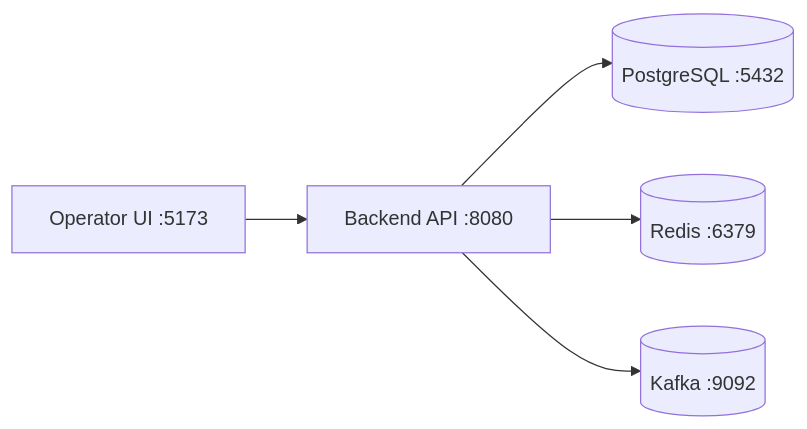
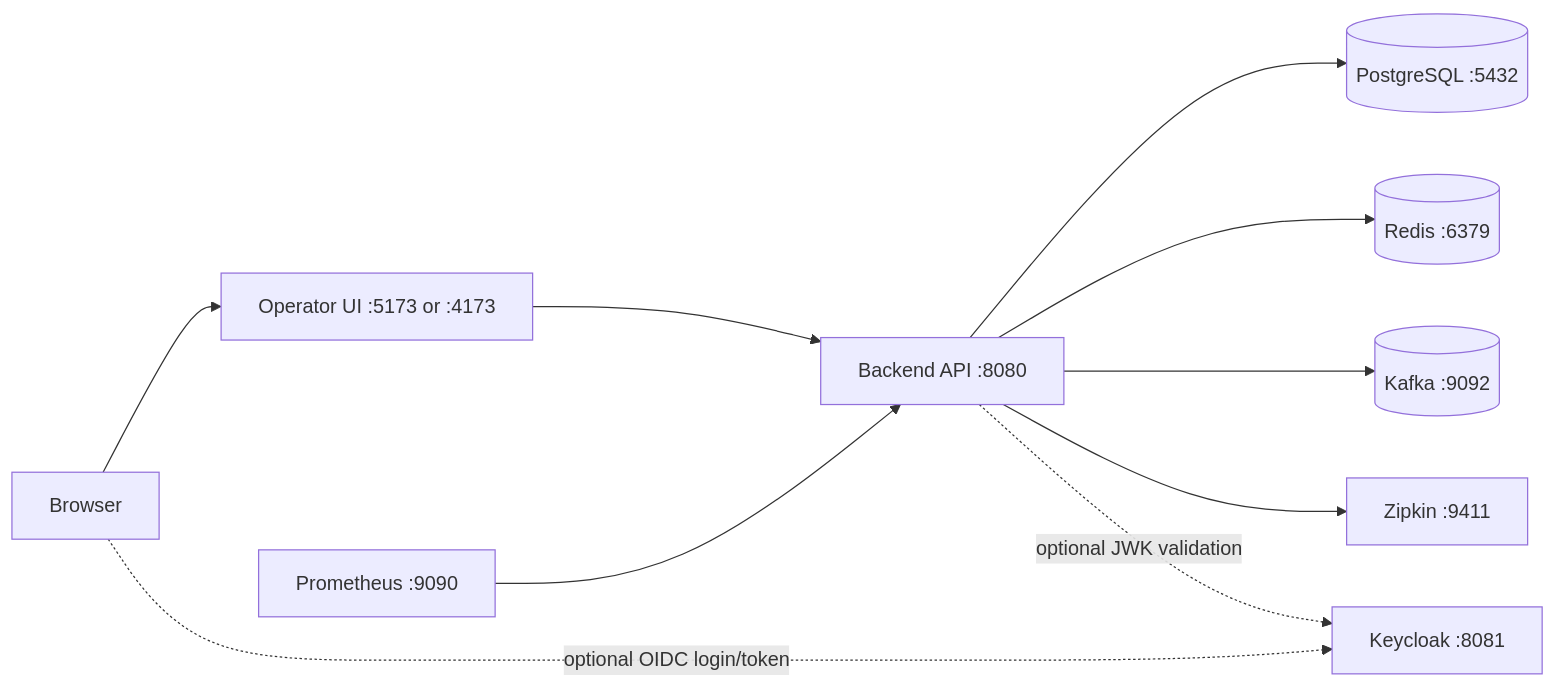
Before and after one commit to moenn1/ledgerandfraudscoring: the diagram in docs/runbook-local-demo.md, drawn with Mermaid. The commit also changed other lines of this file and 29 other files, not shown here.

````diff
--- a/docs/runbook-local-demo.md
+++ b/docs/runbook-local-demo.md
@@ -14,7 +14,12 @@
 ```mermaid
 flowchart LR
-    UI[Operator UI :5173] --> API[Backend API :8080]
+    Browser[Browser] --> UI[Operator UI :5173 or :4173]
     API --> PG[(PostgreSQL :5432)]
     API --> Redis[(Redis :6379)]
     API --> Kafka[(Kafka :9092)]
+    API --> Zipkin[Zipkin :9411]
+    Prometheus[Prometheus :9090] --> API
+    Browser -. optional OIDC login/token .-> Keycloak[Keycloak :8081]
+    UI --> API[Backend API :8080]
+    API -. optional JWK validation .-> Keycloak
 ```
````
